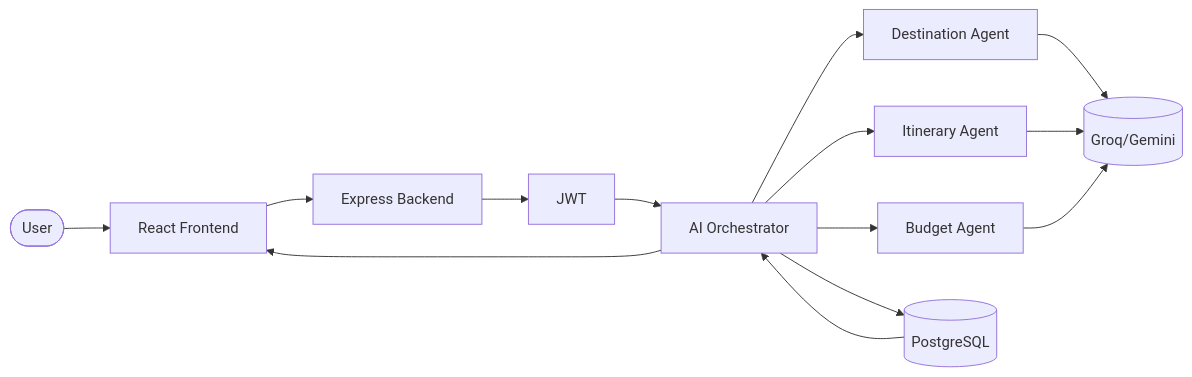
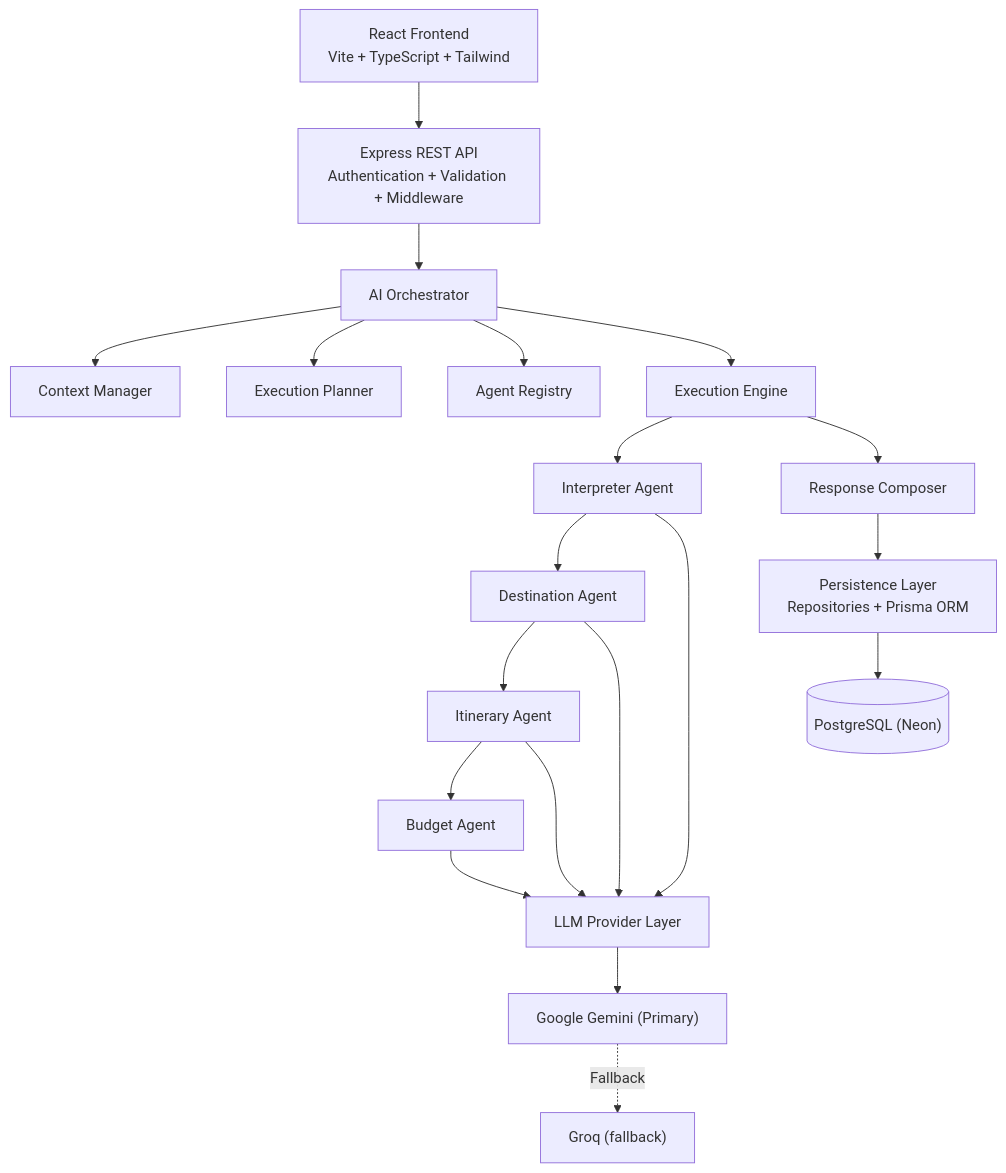
The first of 2 diagrams in README.md (shujaa786/Trip_Adviser.AI), drawn with Mermaid before and after one commit. The commit also changed other lines of this file, not shown here.

Commit message:
Revise architecture and workflow diagrams
Updated system architecture and workflow diagrams in README.

````diff
--- a/README.md
+++ b/README.md
@@ -37,16 +37,61 @@
-``` mermaid
-flowchart LR
-User([User]) --> FE[React Frontend]
-FE --> API[Express Backend]
-API --> AUTH[JWT]
-AUTH --> ORCH[AI Orchestrator]
-ORCH --> DEST[Destination Agent]
-ORCH --> ITI[Itinerary Agent]
-ORCH --> BUDGET[Budget Agent]
-DEST --> LLM[(Groq/Gemini)]
-ITI --> LLM
-BUDGET --> LLM
-ORCH --> DB[(PostgreSQL)]
-DB --> ORCH
-ORCH --> FE
+```mermaid
+graph TD
+
+    %% Frontend
+    FE["React Frontend<br/>Vite + TypeScript + Tailwind"]
+
+    %% API Layer
+    API["Express REST API<br/>Authentication + Validation + Middleware"]
+
+    %% Core Orchestration
+    ORCH["AI Orchestrator"]
+
+    CTX["Context Manager"]
+    PLAN["Execution Planner"]
+    REG["Agent Registry"]
+    EXEC["Execution Engine"]
+    RESP["Response Composer"]
+
+    %% AI Agents
+    INT["Interpreter Agent"]
+    DEST["Destination Agent"]
+    ITI["Itinerary Agent"]
+    BUD["Budget Agent"]
+
+    %% LLM Layer
+    LLM["LLM Provider Layer"]
+    GROQ["Groq (fallback)"]
+    GEM["Google Gemini (Primary)"]
+
+    %% Persistence
+    PERSIST["Persistence Layer<br/>Repositories + Prisma ORM"]
+    DB[("PostgreSQL (Neon)")]
+
+    %% Flow
+
+    FE --> API
+    API --> ORCH
+
+    ORCH --> CTX
+    ORCH --> PLAN
+    ORCH --> REG
+    ORCH --> EXEC
+
+    EXEC --> INT
+
+    INT --> DEST
+    DEST --> ITI
+    ITI --> BUD
+
+    INT --> LLM
+    DEST --> LLM
+    ITI --> LLM
+    BUD --> LLM
+
+    LLM --> GEM
+    GEM -. Fallback .-> GROQ
+
+    EXEC --> RESP
+    RESP --> PERSIST
+    PERSIST --> DB
 ```
````
